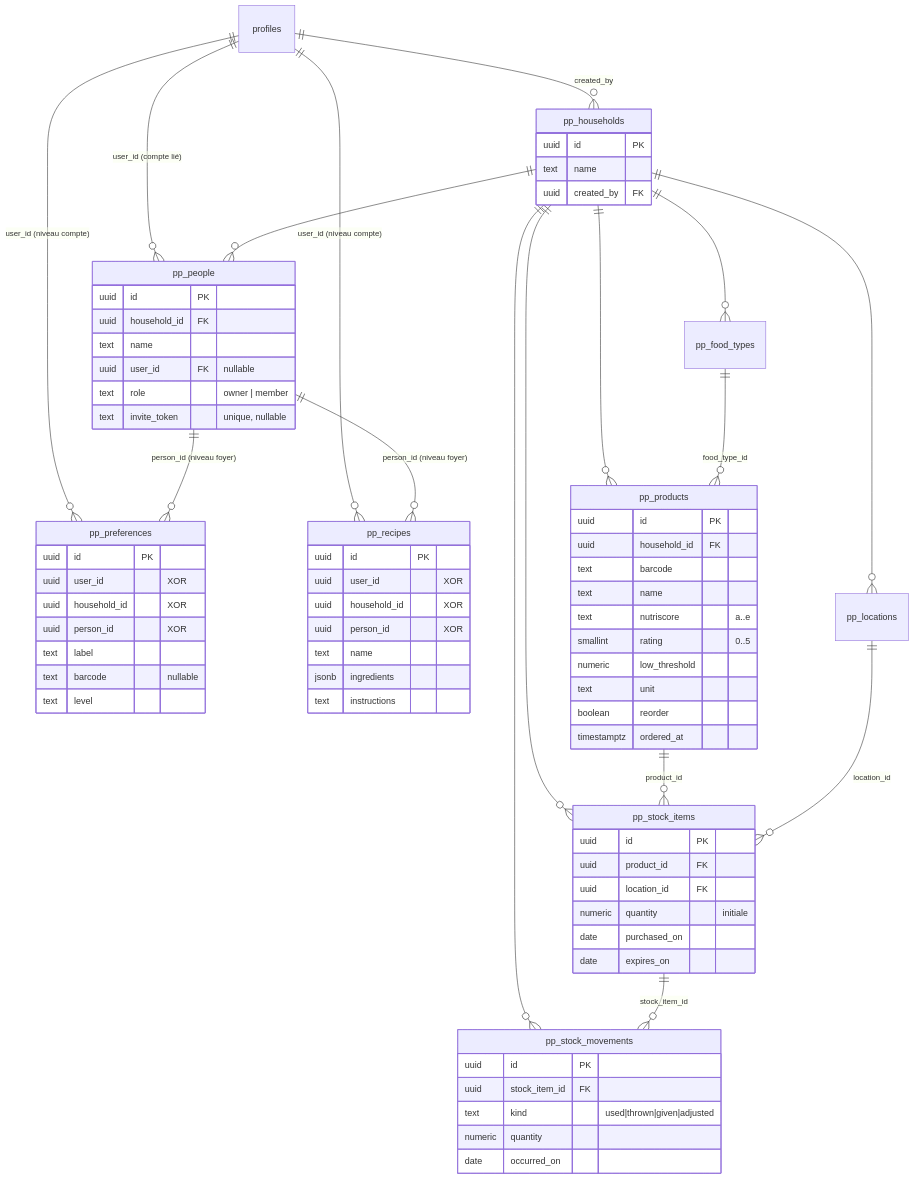
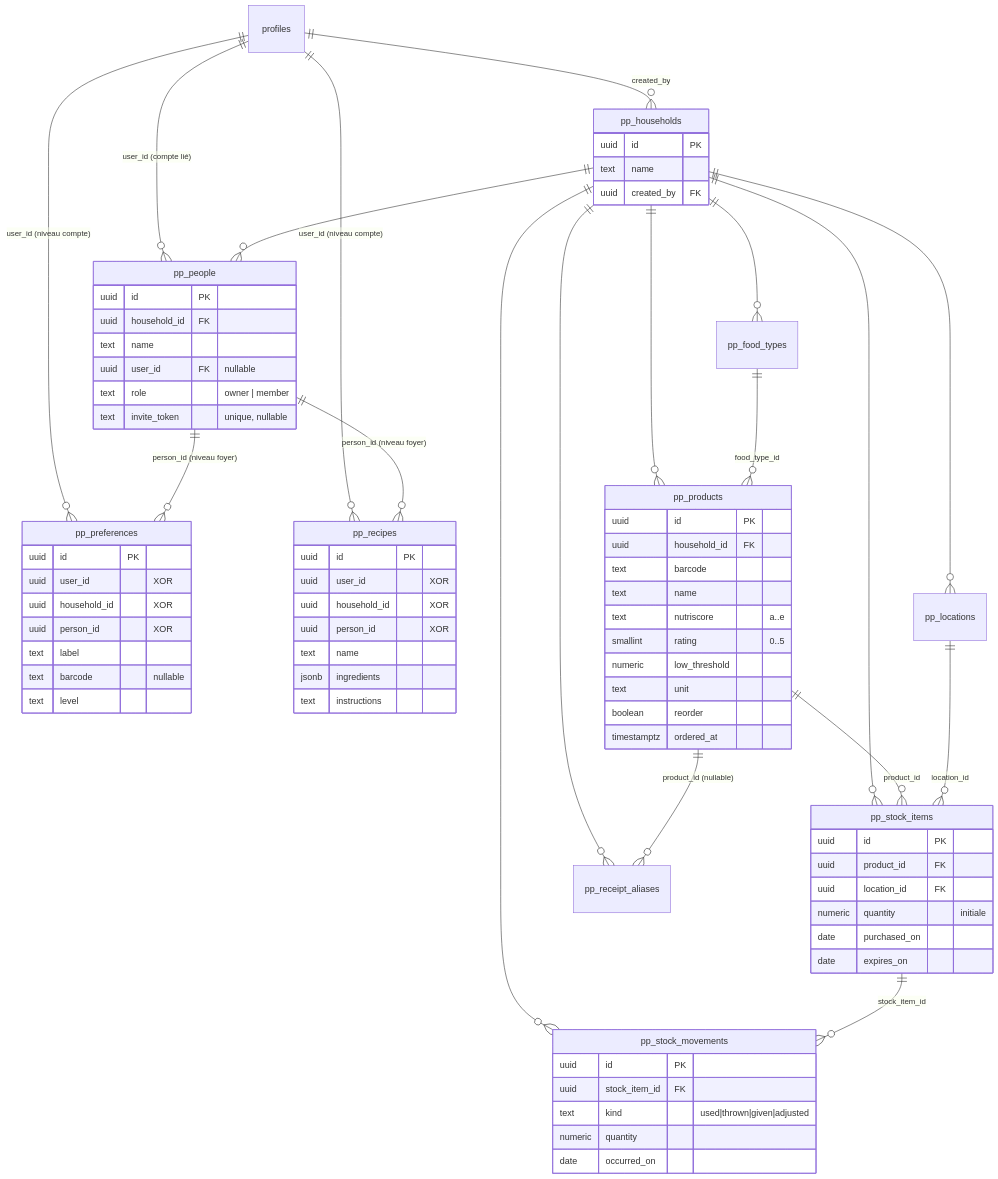
One commit to Jabbalh/PopotteEtPlacard changed the diagram in docs/base-de-donnees.md. Above: the diagram before and after it, drawn with Mermaid. The commit also changed other lines of this file and 15 other files, not shown here.

```diff
--- a/docs/base-de-donnees.md
+++ b/docs/base-de-donnees.md
@@ -62,6 +63,8 @@
     pp_households ||--o{ pp_products : ""
     pp_households ||--o{ pp_stock_items : ""
     pp_households ||--o{ pp_stock_movements : ""
+    pp_households ||--o{ pp_receipt_aliases : ""
+    pp_products ||--o{ pp_receipt_aliases : "product_id (nullable)"
 
     pp_food_types ||--o{ pp_products : "food_type_id"
     pp_products ||--o{ pp_stock_items : "product_id"
```
